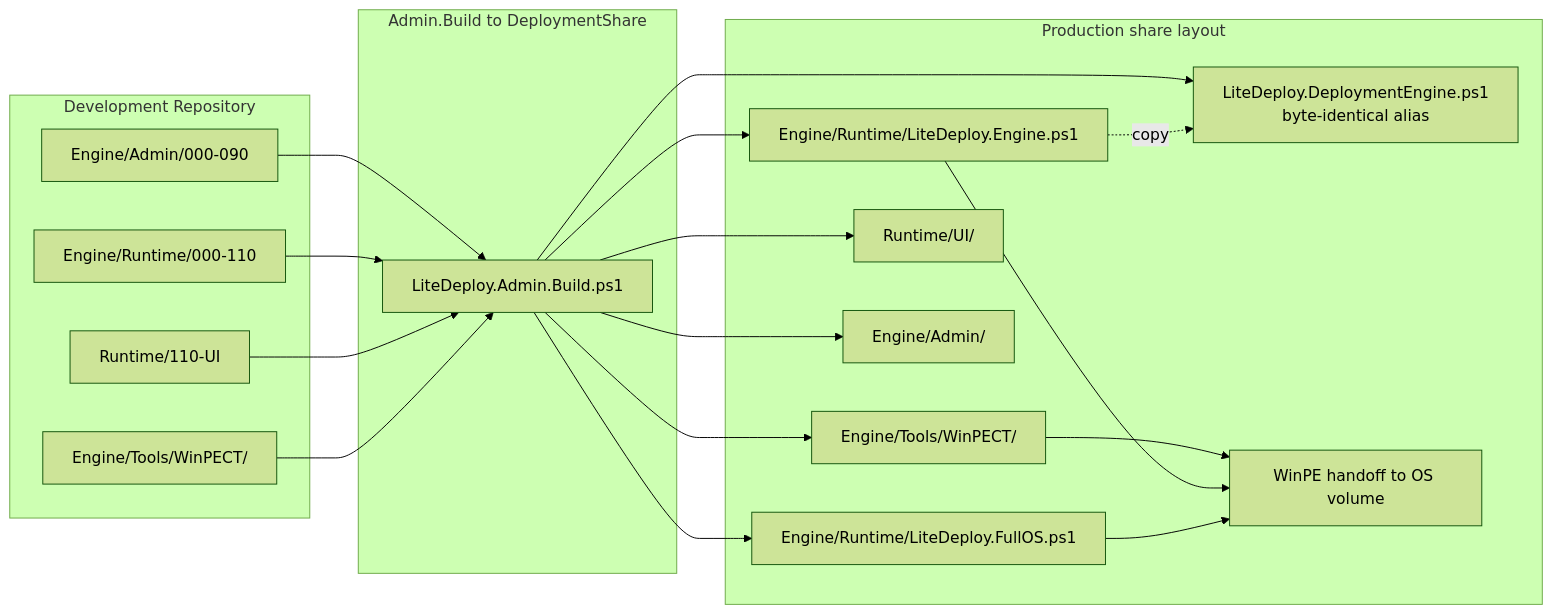
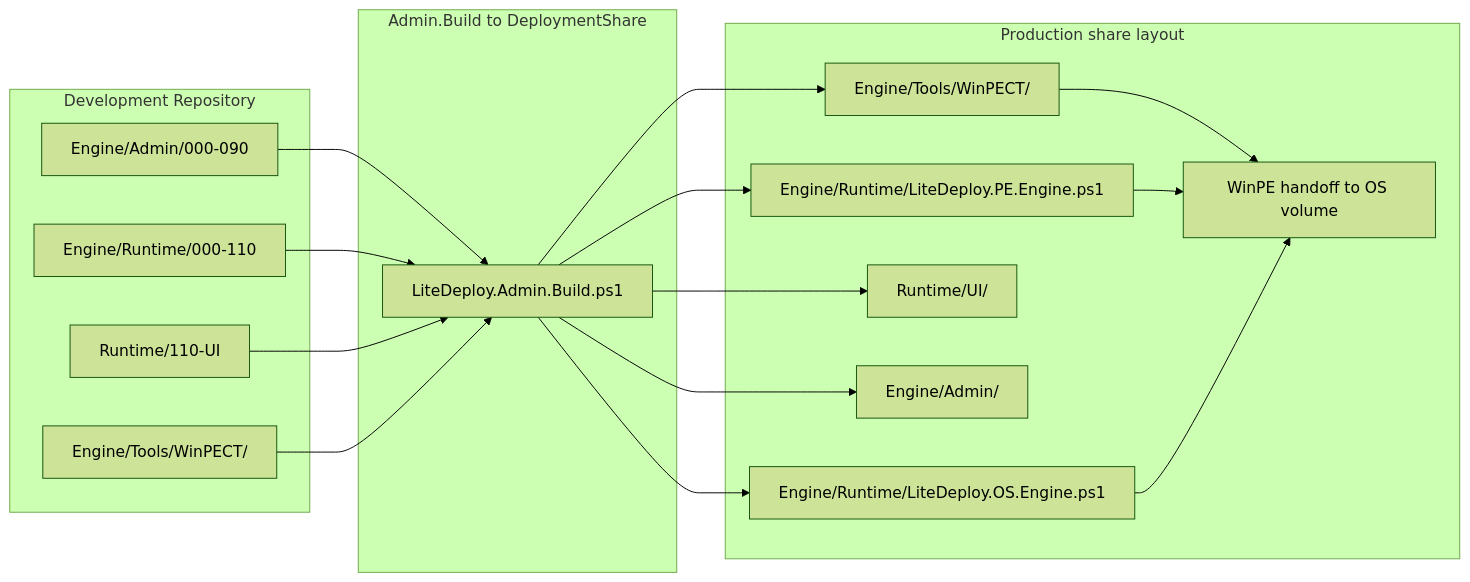
The sixth of 6 diagrams in _Docs/architecture/LITEDEPLOY_DEPLOYMENT_DIAGRAM.md (cmartineztech/LiteDeploy.Core), drawn with Mermaid (forest theme) before and after one commit. The commit also changed other lines of this file and 24 other files, not shown here.

Commit message:
docs: align all documentation, diagrams, and guides with v2 canonical names

````diff
--- a/_Docs/architecture/LITEDEPLOY_DEPLOYMENT_DIAGRAM.md
+++ b/_Docs/architecture/LITEDEPLOY_DEPLOYMENT_DIAGRAM.md
@@ -204,29 +204,27 @@
 ```mermaid
 flowchart LR
     subgraph DevelopmentRepo["Development Repository"]
         AdminSrc["Engine/Admin/000-090"]
         RuntimeSrc["Engine/Runtime/000-110"]
         UISrc["Runtime/110-UI"]
         ToolsSrc["Engine/Tools/WinPECT/"]
     end
 
     subgraph AdminBuild["Admin.Build to DeploymentShare"]
         AdminSrc --> BuildProc["LiteDeploy.Admin.Build.ps1"]
         RuntimeSrc --> BuildProc
         UISrc --> BuildProc
         ToolsSrc --> BuildProc
     end
 
     subgraph PublishedShare["Production share layout"]
-        BuildProc --> FlatRuntime["Engine/Runtime/LiteDeploy.Engine.ps1"]
-        BuildProc --> FlatFullOS["Engine/Runtime/LiteDeploy.FullOS.ps1"]
-        BuildProc --> CompatAlias["LiteDeploy.DeploymentEngine.ps1<br/>byte-identical alias"]
-        FlatRuntime -.->|copy| CompatAlias
+        BuildProc --> FlatRuntime["Engine/Runtime/LiteDeploy.PE.Engine.ps1"]
+        BuildProc --> FlatFullOS["Engine/Runtime/LiteDeploy.OS.Engine.ps1"]
         BuildProc --> FlatUI["Runtime/UI/"]
         BuildProc --> FlatAdmin["Engine/Admin/"]
         BuildProc --> FlatTools["Engine/Tools/WinPECT/"]
         FlatTools --> StageOS["WinPE handoff to OS volume"]
         FlatRuntime --> StageOS
         FlatFullOS --> StageOS
     end
 ```
````
